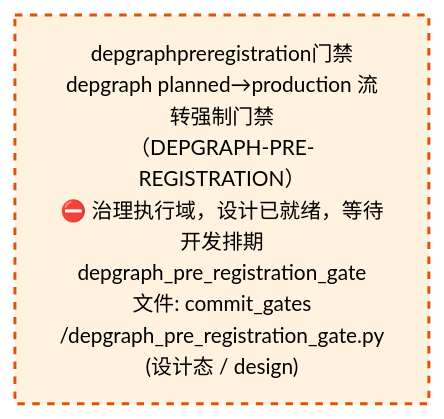
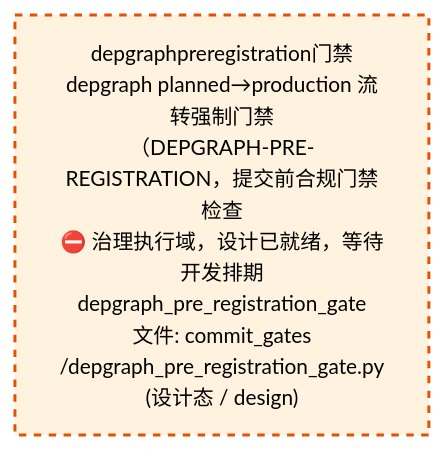
The third of 4 diagrams in docs/02_enterprise_architecture/02_domain_architecture_docs/53_d_gov_enforcement.md (xuanFelixVan/ZephyrAlpha), drawn with Mermaid before and after one commit. The commit also changed other lines of this file and 30 other files, not shown here.

````diff
--- a/docs/02_enterprise_architecture/02_domain_architecture_docs/53_d_gov_enforcement.md
+++ b/docs/02_enterprise_architecture/02_domain_architecture_docs/53_d_gov_enforcement.md
@@ -342,10 +342,10 @@
 ```mermaid
 %%{init: {'theme': 'base', 'themeVariables': {'primaryColor': '#eaeaea', 'primaryTextColor': '#333333', 'primaryBorderColor': '#666666', 'lineColor': '#666666', 'secondaryColor': '#eaeaea', 'tertiaryColor': '#eaeaea', 'fontSize': '14px'}}}%%
 flowchart TD
-    src_zephyr_gov_enforcement_commit_gates_depgraph_pre_registration_gate_py["depgraphpreregistration门禁<br/>depgraph planned→production 流转强制门禁<br/>（DEPGRAPH-PRE-REGISTRATION）<br/>⛔ 治理执行域，设计已就绪，等待开发排期<br/>depgraph_pre_registration_gate<br/>文件: commit_gates<br/>/depgraph_pre_registration_gate.py<br/>(设计态 / design)"]
+    src_zephyr_gov_enforcement_commit_gates_depgraph_pre_registration_gate_py["depgraphpreregistration门禁<br/>depgraph planned→production 流转强制门禁<br/>（DEPGRAPH-PRE-REGISTRATION，提交前合规门禁检查<br/>⛔ 治理执行域，设计已就绪，等待开发排期<br/>depgraph_pre_registration_gate<br/>文件: commit_gates<br/>/depgraph_pre_registration_gate.py<br/>(设计态 / design)"]
     classDef production fill:#e1f5fe,stroke:#01579b,stroke-width:2px,color:#000
     classDef design fill:#fff3e0,stroke:#e65100,stroke-width:2px,color:#000,stroke-dasharray: 5 5
     classDef external_prod fill:#e8f4fd,stroke:#0277bd,stroke-width:1px,color:#000
     classDef external_design fill:#fff8e7,stroke:#ef6c00,stroke-width:1px,color:#000,stroke-dasharray: 5 5
     class src_zephyr_gov_enforcement_commit_gates_depgraph_pre_registration_gate_py design
 ```
````
